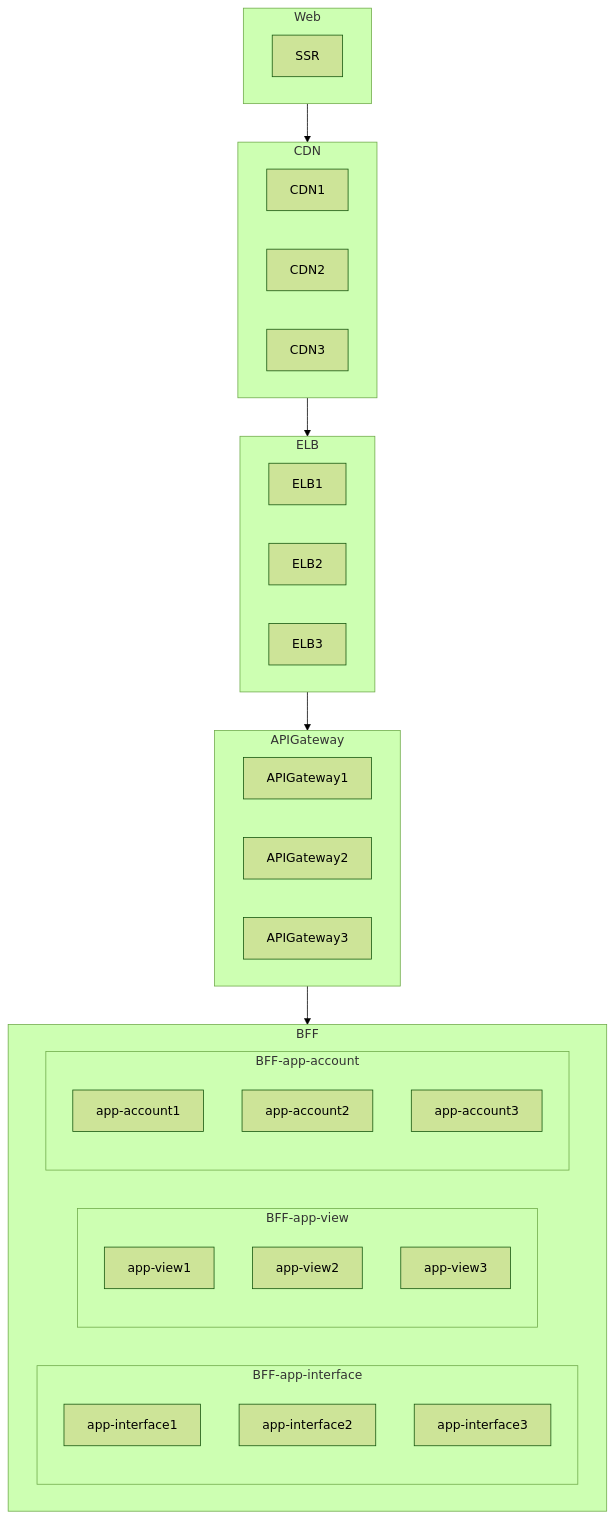
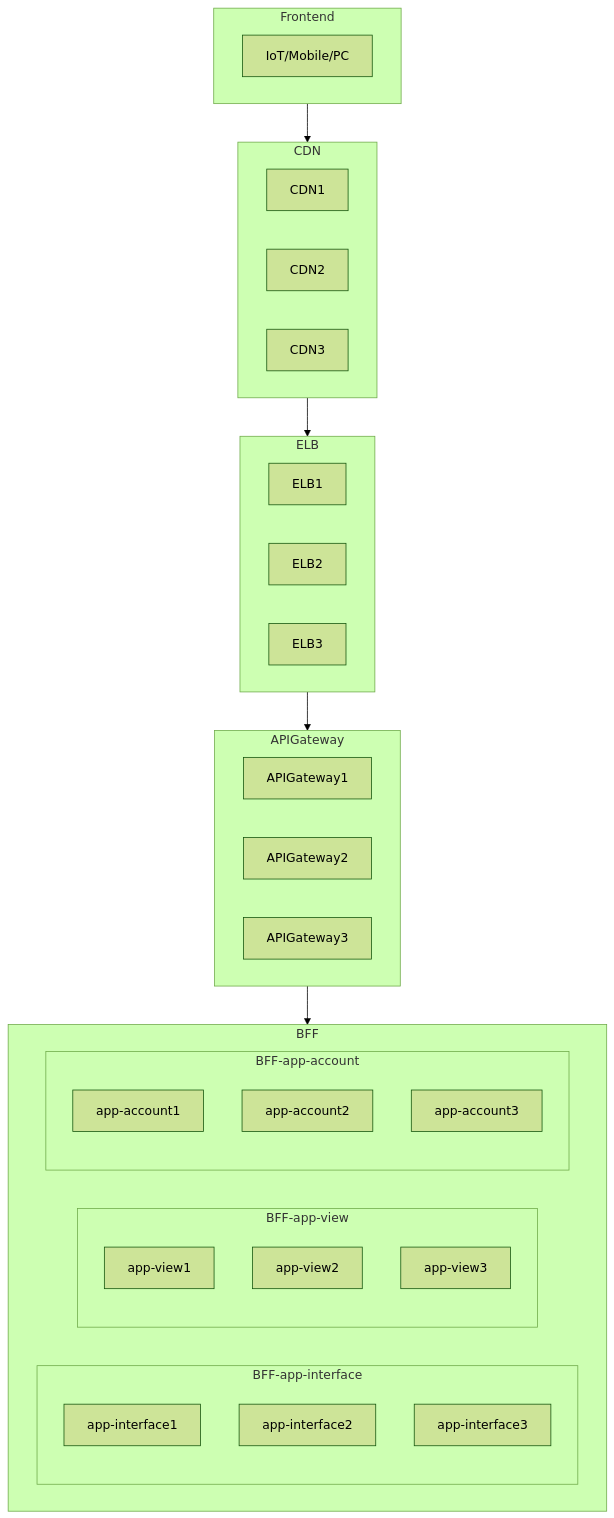
The fourth of 4 diagrams in docs/SE/运维工程化.md (sunmery/blog), drawn with Mermaid (forest theme) before and after one commit. The commit also changed 2 other files, not shown here.

Commit message:
docs: add new post

````diff
--- a/docs/SE/运维工程化.md
+++ b/docs/SE/运维工程化.md
@@ -95,42 +95,42 @@
 ```mermaid
 	graph TD
-	subgraph Web
-        SSR
+	subgraph Frontend
+        IoT/Mobile/PC
     end
-	Web --> CDN
+	Frontend --> CDN
 	subgraph CDN
         CDN1
         CDN2
         CDN3
     end
     CDN --> ELB
     subgraph ELB
         ELB1
         ELB2
         ELB3
     end
 	ELB --> APIGateway
 	subgraph APIGateway
         APIGateway1
         APIGateway2
         APIGateway3
     end
 	APIGateway --> BFF
 	subgraph BFF
 		subgraph BFF-app-interface
 	        app-interface1
 	        app-interface2
 	        app-interface3
 	    end
 	    subgraph BFF-app-view
 	        app-view1
 	        app-view2
 	        app-view3
 	    end
 	    subgraph BFF-app-account
 	        app-account1
 	        app-account2
 	        app-account3
 	    end
     end
 ```
````
